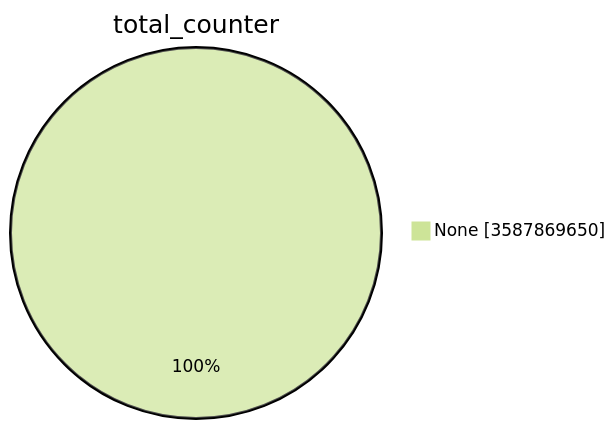
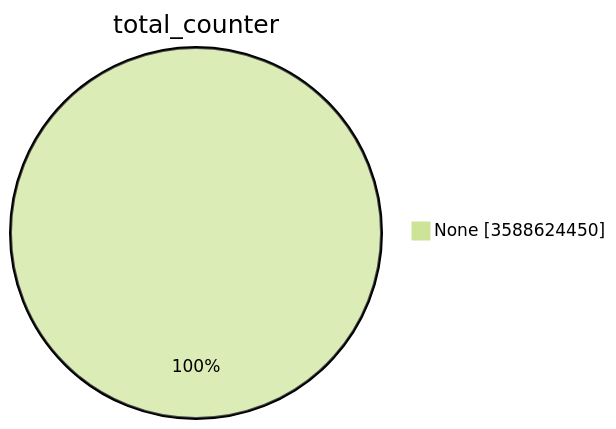
The first of 15 diagrams in TOTAL/README.md (christiankrug/ctmonitor_visualization), drawn with Mermaid (forest theme) before and after one commit. The commit also changed other lines of this file, not shown here.

````diff
--- a/TOTAL/README.md
+++ b/TOTAL/README.md
@@ -1,5 +1,5 @@
 ```mermaid
 pie showData
 title total_counter
-"None" :3587869650
+"None" :3588624450
 ```
````
